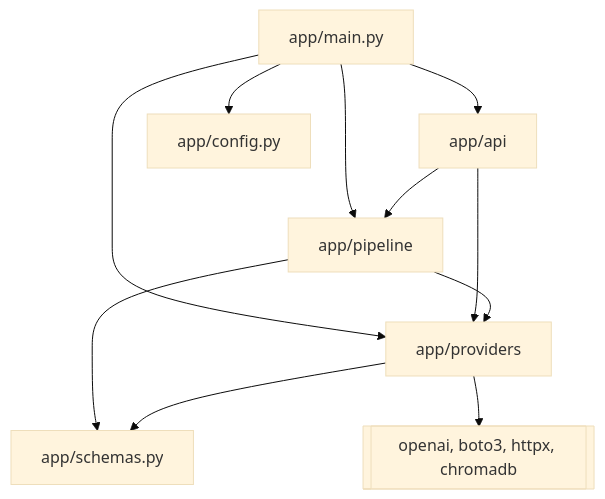
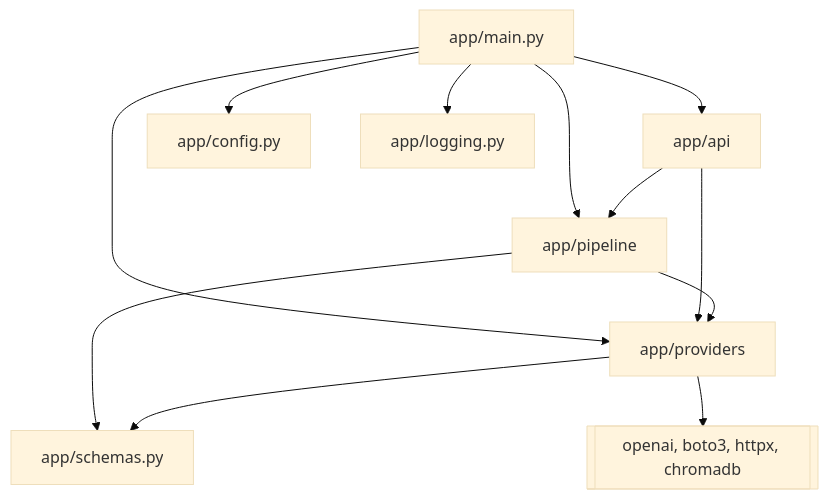
One commit to monitus2022/owl-online changed the second of 3 diagrams in docs/architecture.md. Above: the diagram before and after it, drawn with Mermaid (base theme). The commit also changed other lines of this file and 9 other files, not shown here.

````diff
--- a/docs/architecture.md
+++ b/docs/architecture.md
@@ -116,13 +117,14 @@
 ```mermaid
 flowchart TD
   main[app/main.py] --> api[app/api]
   main --> pipeline[app/pipeline]
   main --> providers[app/providers]
   main --> config[app/config.py]
+  main --> log[app/logging.py]
   api --> pipeline
   api --> providers
   pipeline --> providers
   pipeline --> schemas[app/schemas.py]
   providers --> schemas
   providers --> sdk[[openai, boto3, httpx, chromadb]]
 ```
````
